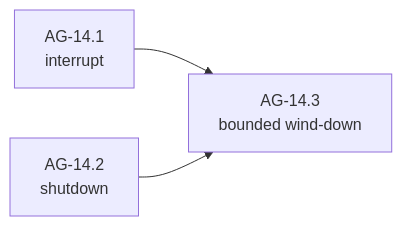
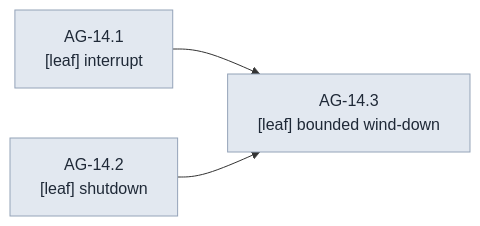
Diagram 17 of 28 in docs/architecture/milestones/0003-cachicamas-agent-layer-2-task-graph.md (witsaba/cachicamas), drawn with Mermaid before and after one commit. The commit also changed other lines of this file and 3 other files, not shown here.

````diff
--- a/docs/architecture/milestones/0003-cachicamas-agent-layer-2-task-graph.md
+++ b/docs/architecture/milestones/0003-cachicamas-agent-layer-2-task-graph.md
@@ -673,5 +1368,7 @@
 ```mermaid
 flowchart LR
-    K1["AG-14.1<br/>interrupt"] --> K3["AG-14.3<br/>bounded wind-down"]
-    K2["AG-14.2<br/>shutdown"] --> K3
+    K1["AG-14.1<br/>[leaf] interrupt"] --> K3["AG-14.3<br/>[leaf] bounded wind-down"]
+    K2["AG-14.2<br/>[leaf] shutdown"] --> K3
+    classDef leaf fill:#e2e8f0,stroke:#94a3b8,color:#1f2937
+    class K1,K2,K3 leaf
 ```
````
